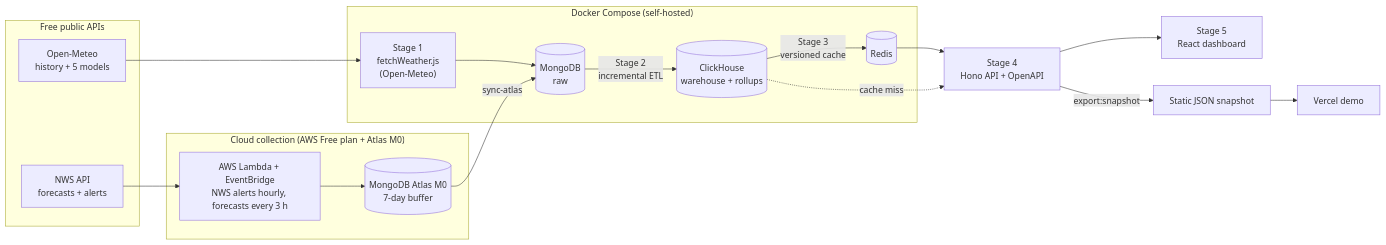
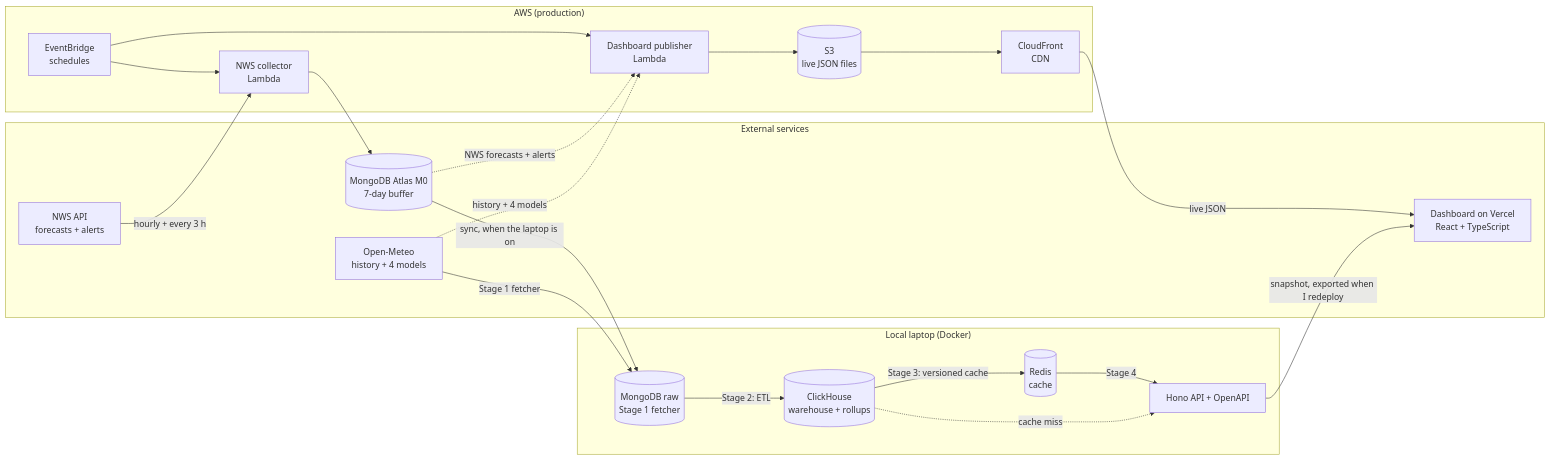
One commit to dangkhoa241/us-weather-pipeline changed the first of 2 diagrams in README.md. Above: the diagram before and after it, drawn with Mermaid. The commit also changed other lines of this file and 1 other file, not shown here.

Commit message:
README: current architecture + AWS diagrams, short design decisions; docs/DESIGN_DECISIONS.md (10 decisions with sources)

````diff
--- a/README.md
+++ b/README.md
@@ -81,22 +85,37 @@
 ```mermaid
 flowchart LR
-  subgraph Sources["Free public APIs"]
+  subgraph EXT["External services"]
     NWS["NWS API<br/>forecasts + alerts"]
-    OM["Open-Meteo<br/>history + 5 models"]
+    OM["Open-Meteo<br/>history + 4 models"]
+    ATLAS[("MongoDB Atlas M0<br/>7-day buffer")]
+    UI["Dashboard on Vercel<br/>React + TypeScript"]
   end
-  subgraph Cloud["Cloud collection (AWS Free plan + Atlas M0)"]
-    LAMBDA["AWS Lambda + EventBridge<br/>NWS alerts hourly, forecasts every 3 h"] --> ATLAS[("MongoDB Atlas M0<br/>7-day buffer")]
+  subgraph AWSP["AWS (production)"]
+    EB["EventBridge<br/>schedules"]
+    COL["NWS collector<br/>Lambda"]
+    PUB["Dashboard publisher<br/>Lambda"]
+    S3[("S3<br/>live JSON files")]
+    CF["CloudFront<br/>CDN"]
+    EB --> COL
+    EB --> PUB
+    PUB --> S3 --> CF
   end
-  subgraph Local["Docker Compose (self-hosted)"]
-    F["Stage 1<br/>fetchWeather.js<br/>(Open-Meteo)"] --> M[("MongoDB<br/>raw")]
-    M -->|"Stage 2<br/>incremental ETL"| CH[("ClickHouse<br/>warehouse + rollups")]
-    CH -->|"Stage 3<br/>versioned cache"| R[("Redis")]
+  subgraph LOCAL["Local laptop (Docker)"]
+    RAW[("MongoDB raw<br/>Stage 1 fetcher")]
+    CH[("ClickHouse<br/>warehouse + rollups")]
+    R[("Redis<br/>cache")]
+    API["Hono API + OpenAPI"]
+    RAW -->|"Stage 2: ETL"| CH
+    CH -->|"Stage 3: versioned cache"| R
+    R -->|"Stage 4"| API
+    CH -.->|cache miss| API
   end
-  NWS --> LAMBDA
-  OM --> F
-  ATLAS -->|sync-atlas| M
-  R --> API["Stage 4<br/>Hono API + OpenAPI"]
-  CH -.->|cache miss| API
-  API --> UI["Stage 5<br/>React dashboard"]
-  API -->|export:snapshot| SNAP["Static JSON snapshot"] --> VERCEL["Vercel demo"]
+  NWS -->|"hourly + every 3 h"| COL
+  COL --> ATLAS
+  ATLAS -->|"sync, when the laptop is on"| RAW
+  OM -->|"Stage 1 fetcher"| RAW
+  ATLAS -.->|"NWS forecasts + alerts"| PUB
+  OM -.->|"history + 4 models"| PUB
+  CF -->|"live JSON"| UI
+  API -->|"snapshot, exported when I redeploy"| UI
 ```
````
